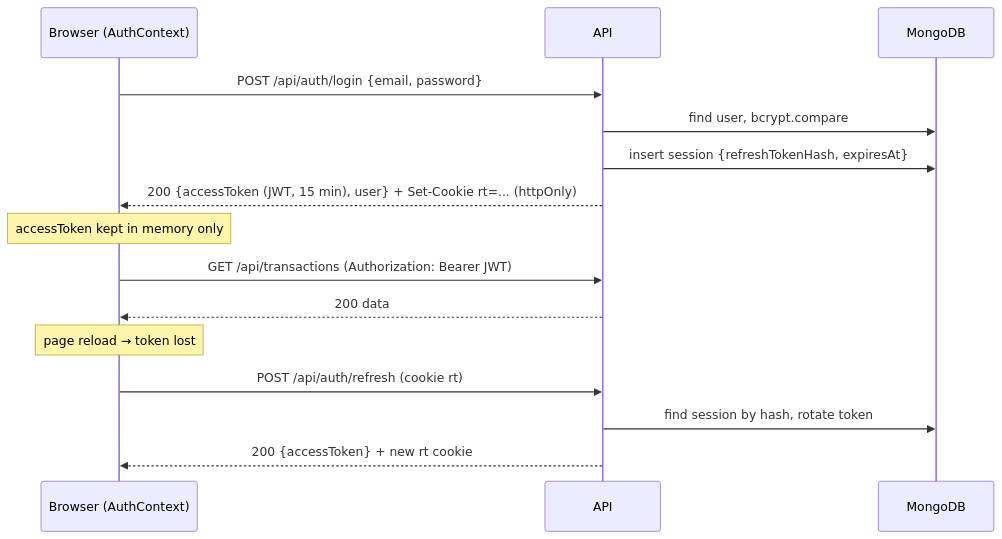
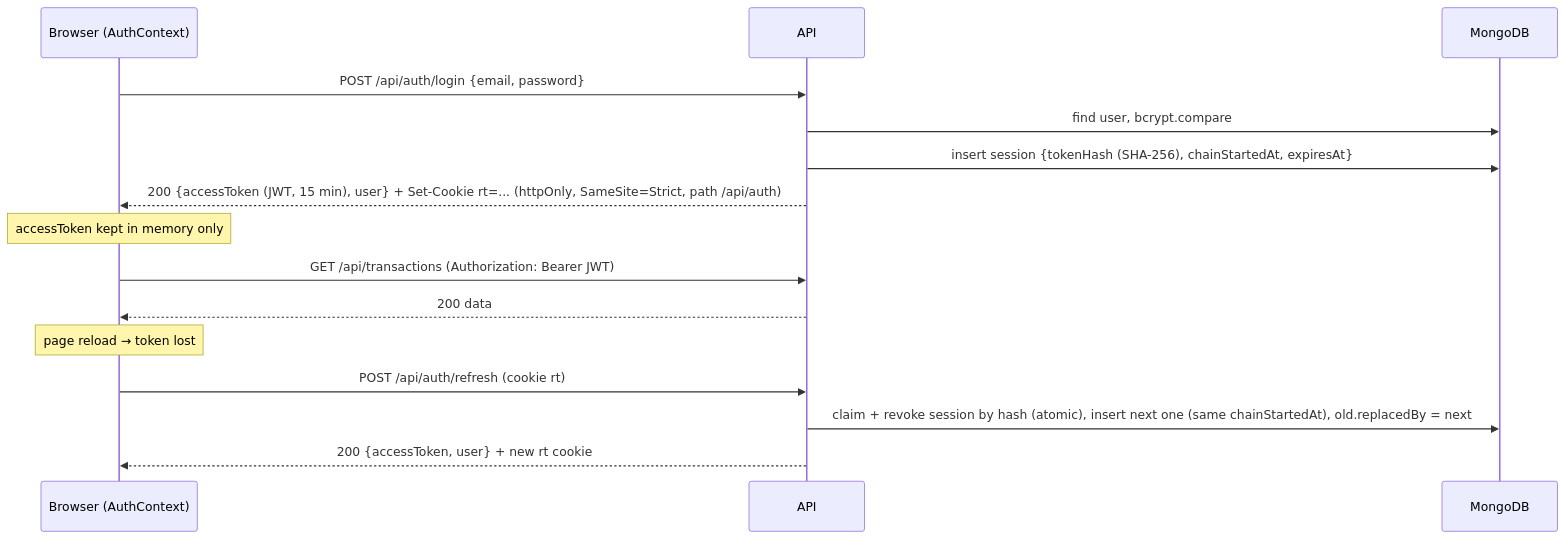
One commit to dangnguyenducanh/Zalo-Tele-intergrated-financial-apps changed the second of 4 diagrams in docs/01-architecture.md. Above: the diagram before and after it, drawn with Mermaid. The commit also changed other lines of this file and 7 other files, not shown here.

````diff
--- a/docs/01-architecture.md
+++ b/docs/01-architecture.md
@@ -60,17 +60,17 @@
 ```mermaid
 sequenceDiagram
     participant U as Browser (AuthContext)
     participant A as API
     participant D as MongoDB
     U->>A: POST /api/auth/login {email, password}
     A->>D: find user, bcrypt.compare
-    A->>D: insert session {refreshTokenHash, expiresAt}
-    A-->>U: 200 {accessToken (JWT, 15 min), user} + Set-Cookie rt=... (httpOnly)
+    A->>D: insert session {tokenHash (SHA-256), chainStartedAt, expiresAt}
+    A-->>U: 200 {accessToken (JWT, 15 min), user} + Set-Cookie rt=... (httpOnly, SameSite=Strict, path /api/auth)
     Note over U: accessToken kept in memory only
     U->>A: GET /api/transactions (Authorization: Bearer JWT)
     A-->>U: 200 data
     Note over U: page reload → token lost
     U->>A: POST /api/auth/refresh (cookie rt)
-    A->>D: find session by hash, rotate token
-    A-->>U: 200 {accessToken} + new rt cookie
+    A->>D: claim + revoke session by hash (atomic), insert next one (same chainStartedAt), old.replacedBy = next
+    A-->>U: 200 {accessToken, user} + new rt cookie
 ```
````
